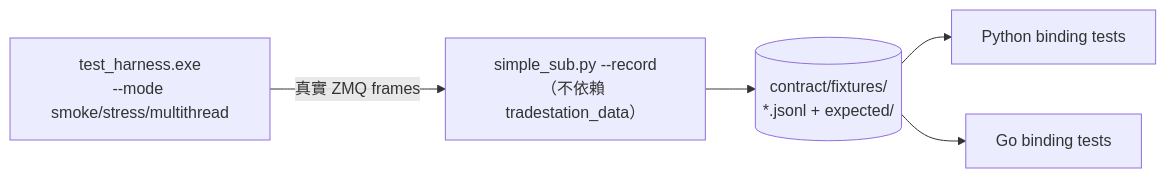
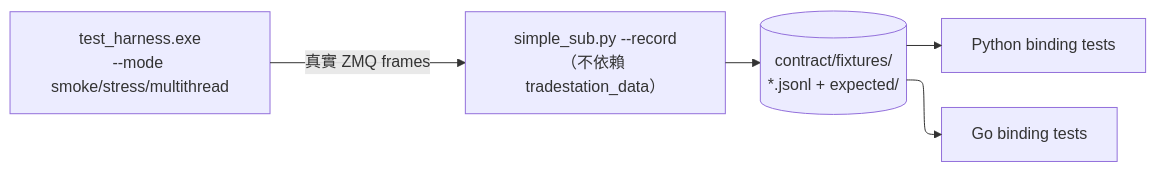
One commit to millerlai/tradestation-data-provider changed the third of 4 diagrams in docs/architecture.md. Above: the diagram before and after it, drawn with Mermaid. The commit also changed other lines of this file and 7 other files, not shown here.

````diff
--- a/docs/architecture.md
+++ b/docs/architecture.md
@@ -431,12 +437,17 @@
 ```mermaid
+---
+config:
+  flowchart:
+    defaultRenderer: elk
+---
 flowchart LR
     TH["test_harness.exe<br/>--mode smoke/stress/multithread"]
     REC["simple_sub.py --record<br/>（不依賴 tradestation_data）"]
     FIX[("contract/fixtures/<br/>*.jsonl + expected/")]
     PY["Python binding tests"]
     GO["Go binding tests"]
 
     TH -->|"真實 ZMQ frames"| REC --> FIX
     FIX --> PY
     FIX --> GO
 ```
````
